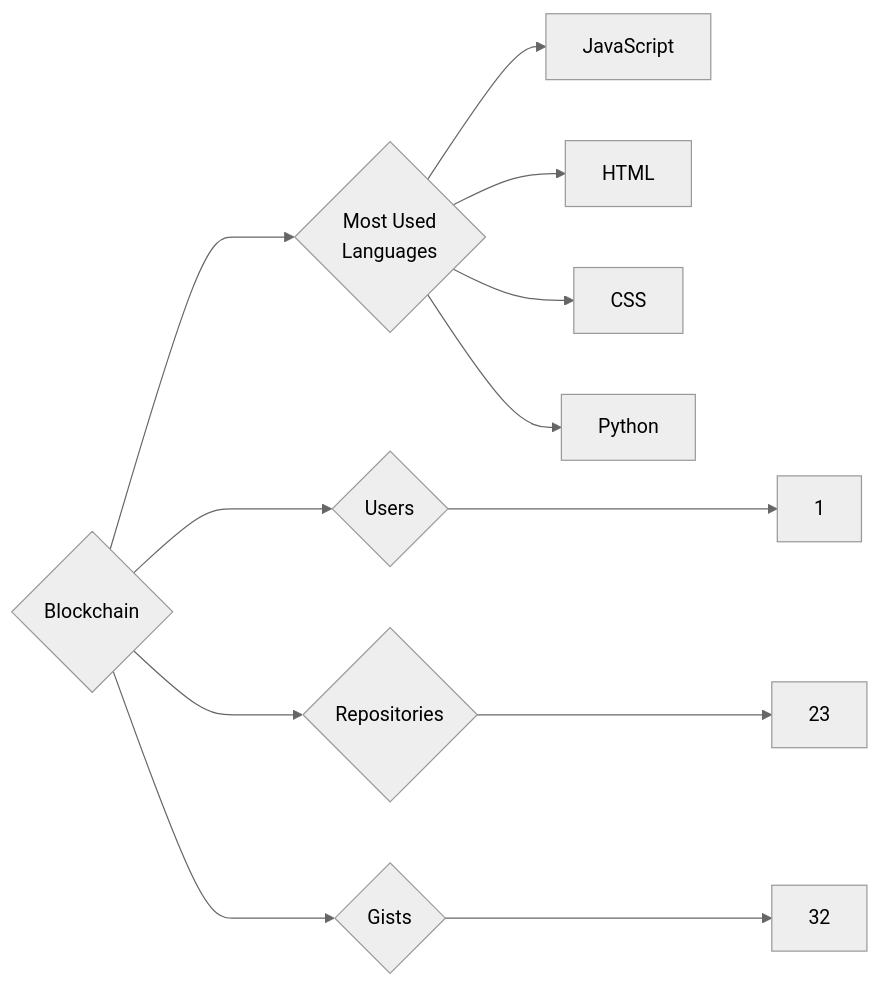
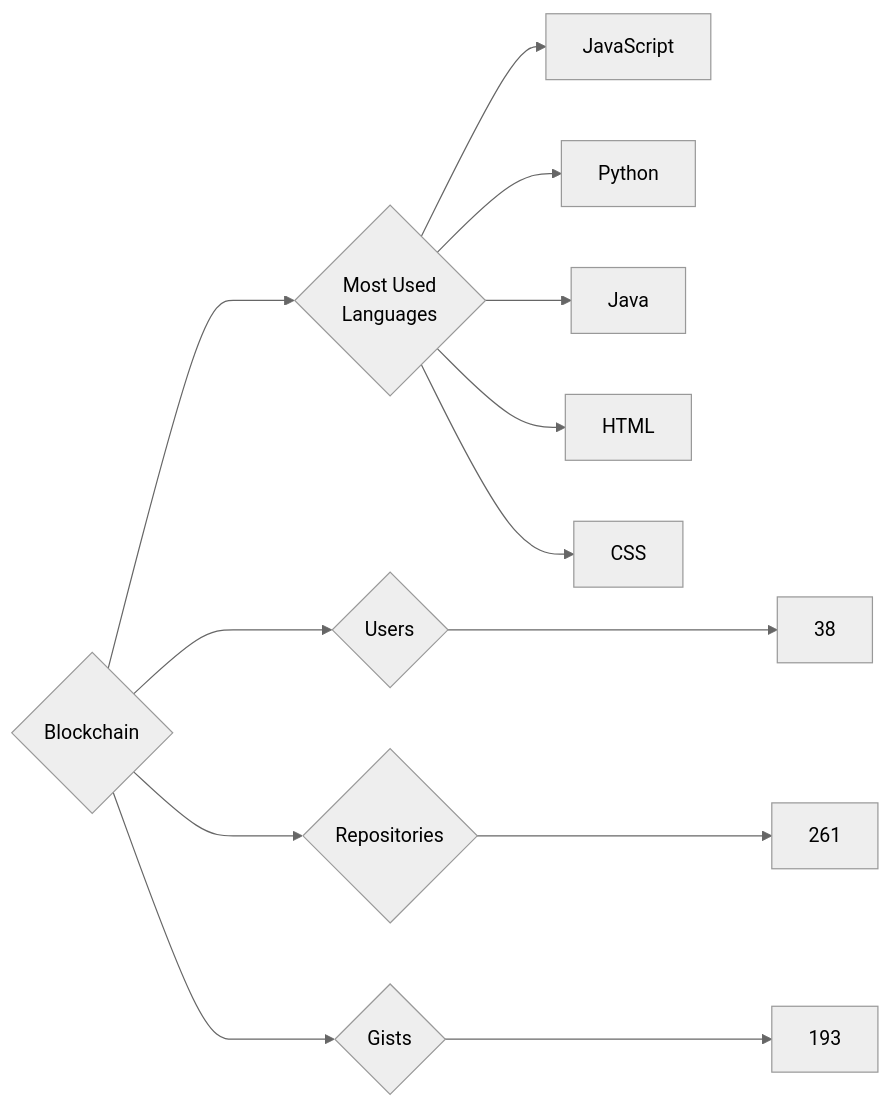
One commit to trickest/insiders changed the diagram in targets/Blockchain/README.md. Above: the diagram before and after it, drawn with Mermaid (neutral theme). The commit also changed 622 other files, not shown here.

````diff
--- a/targets/Blockchain/README.md
+++ b/targets/Blockchain/README.md
@@ -3,12 +3,13 @@
 ```mermaid
 graph LR
 COMPANY_NAME{Blockchain}
-COMPANY_NAME ---> U{Users} ---> UN[1]
-COMPANY_NAME ---> R{Repositories} ---> RN[23]
-COMPANY_NAME ---> G{Gists} ---> GN[32]
+COMPANY_NAME ---> U{Users} ---> UN[38]
+COMPANY_NAME ---> R{Repositories} ---> RN[261]
+COMPANY_NAME ---> G{Gists} ---> GN[193]
 COMPANY_NAME ---> ML{Most Used<br>Languages}
 ML --> JavaScript[JavaScript]
+ML --> Python[Python]
+ML --> Java[Java]
 ML --> HTML[HTML]
 ML --> CSS[CSS]
-ML --> Python[Python]
 ```
````
